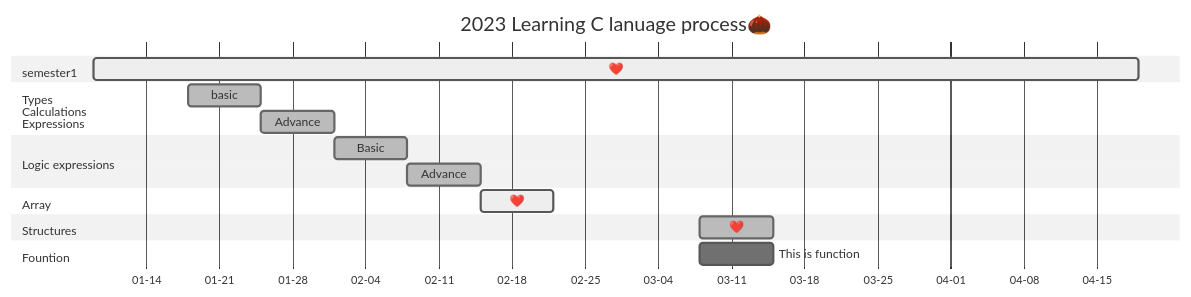
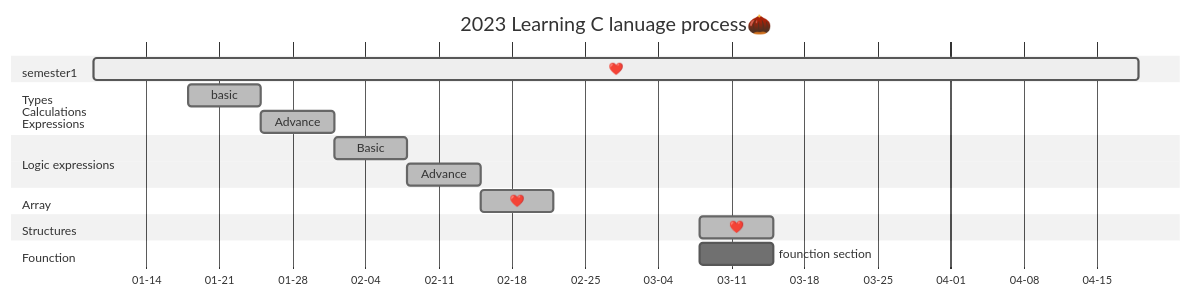
Before and after one commit to AimeeWen1992/Learning-C: the diagram in README.md, drawn with Mermaid (neutral theme).

````diff
--- a/README.md
+++ b/README.md
@@ -15,26 +15,26 @@
 ```mermaid
 gantt
 title 2023 Learning C lanuage process🌰 
 dateFormat YYYY-MM-DD
 axisFormat %m-%d
 
 section semester1
         ❤️:active,01-09,100d
 section Types<br />Calculations<br />Expressions
  basic   :done,01-18,7d
  Advance :done,01-25,7d
 
 section Logic expressions
 Basic   :done,02-01,7d
 Advance :done,02-08,7d
 
 section Array
-❤️      :active,02-15,7d
+❤️      :done,02-15,7d
 
 section Structures
 ❤️      :done,03-08,7d
 
-section Fountion
-This is function:03-08,7d
+section Founction
+founction section:03-08,7d
 
 ```
````
